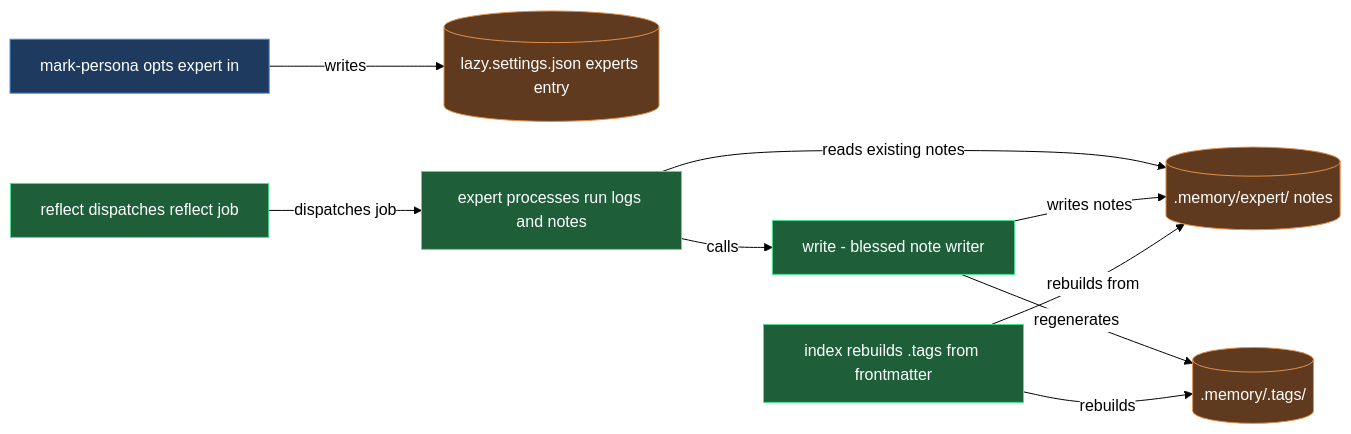
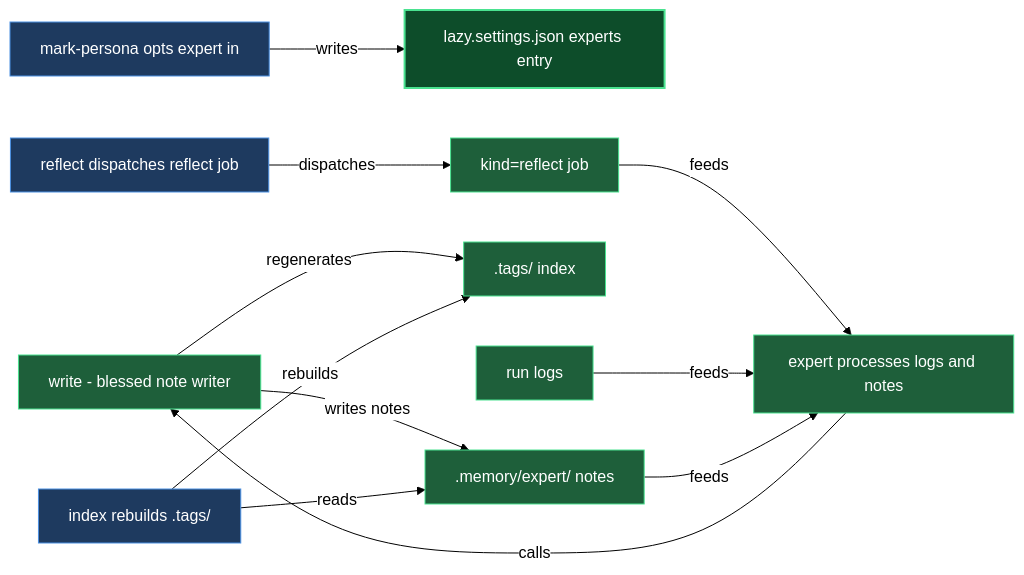
Before and after one commit to mebius-san/lazy-cortex: the diagram in claude/lazycortex-core/help/memory.md, drawn with Mermaid. The commit also changed other lines of this file and 40 other files, not shown here.

````diff
--- a/claude/lazycortex-core/help/memory.md
+++ b/claude/lazycortex-core/help/memory.md
@@ -64,34 +64,40 @@
 ```mermaid
 %%{init: {'themeVariables':{'background':'transparent','lineColor':'#000','textColor':'#000','edgeLabelBackground':'#fff'},'themeCSS':'.edgeLabel{background-color:transparent!important}.edgeLabel p{background-color:transparent!important}','flowchart':{'diagramPadding':5,'useMaxWidth':true}}}%%
 flowchart LR
-  markPersona[mark-persona opts expert in]
-  expertSettings[(lazy.settings.json experts entry)]
+  markPersonaSkill[mark-persona opts expert in]
+  settingsEntry[lazy.settings.json experts entry]
+  writeSkill[write - blessed note writer]
+  memoryNotes[.memory/expert/ notes]
+  tagsIndex[.tags/ index]
   reflectSkill[reflect dispatches reflect job]
-  expertProcess[expert processes run logs and notes]
-  writeSkill[write - blessed note writer]
-  expertNotes[(.memory/expert/ notes)]
-  tagsDir[(.memory/.tags/)]
-  indexSkill[index rebuilds .tags from frontmatter]
+  reflectJob[kind=reflect job]
+  runLogs[run logs]
+  expertProcess[expert processes logs and notes]
+  indexSkill[index rebuilds .tags/]
 
-  markPersona -->|writes| expertSettings
-  reflectSkill -->|dispatches job| expertProcess
-  expertProcess -->|reads existing notes| expertNotes
+  markPersonaSkill -->|writes| settingsEntry
+  reflectSkill -->|dispatches| reflectJob
+  reflectJob -->|feeds| expertProcess
+  runLogs -->|feeds| expertProcess
+  memoryNotes -->|feeds| expertProcess
   expertProcess -->|calls| writeSkill
-  writeSkill -->|writes notes| expertNotes
-  writeSkill -->|regenerates| tagsDir
-  indexSkill -->|rebuilds from| expertNotes
-  indexSkill -->|rebuilds| tagsDir
+  writeSkill -->|writes notes| memoryNotes
+  writeSkill -->|regenerates| tagsIndex
+  indexSkill -->|reads| memoryNotes
+  indexSkill -->|rebuilds| tagsIndex
 
   classDef entry fill:#1e3a5f,stroke:#4a90e2,color:#fff
   classDef action fill:#1e5f3a,stroke:#4ae290,color:#fff
-  classDef store fill:#5f3a1e,stroke:#e2904a,color:#fff
+  classDef success fill:#0d4d2a,stroke:#4ae290,color:#fff,stroke-width:2px
 
-  class markPersona entry
-  class reflectSkill action
+  class markPersonaSkill entry
+  class reflectSkill entry
+  class indexSkill entry
+  class writeSkill action
+  class memoryNotes action
+  class tagsIndex action
+  class reflectJob action
+  class runLogs action
   class expertProcess action
-  class writeSkill action
-  class indexSkill action
-  class expertSettings store
-  class expertNotes store
-  class tagsDir store
+  class settingsEntry success
 ```
````
